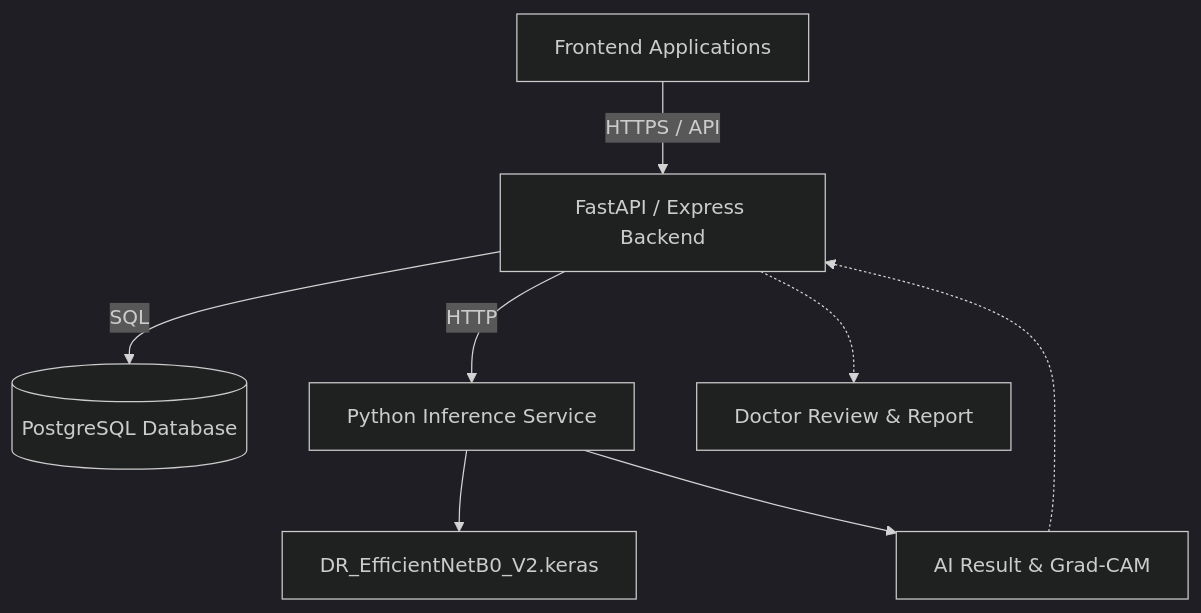
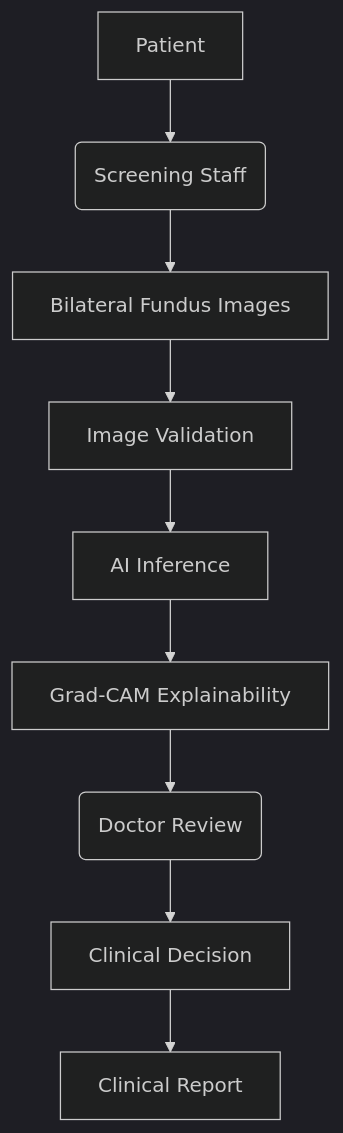
Before and after one commit to SudarshanSingh1/DR-Screening-System: the first of 2 diagrams in README.md, drawn with Mermaid (dark theme). The commit also changed other lines of this file, not shown here.

````diff
--- a/README.md
+++ b/README.md
@@ -33,10 +83,11 @@
 ```mermaid
 graph TD
-    A[Frontend Applications] -->|HTTPS / API| B[FastAPI / Express Backend]
-    B -->|SQL| C[(PostgreSQL Database)]
-    B -->|HTTP| D[Python Inference Service]
-    D --> E[DR_EfficientNetB0_V2.keras]
-    D --> F[AI Result & Grad-CAM]
-    F -.-> B
-    B -.-> G[Doctor Review & Report]
+    A[Patient] --> B(Screening Staff)
+    B --> C[Bilateral Fundus Images]
+    C --> D[Image Validation]
+    D --> E[AI Inference]
+    E --> F[Grad-CAM Explainability]
+    F --> G(Doctor Review)
+    G --> H[Clinical Decision]
+    H --> I[Clinical Report]
 ```
````
